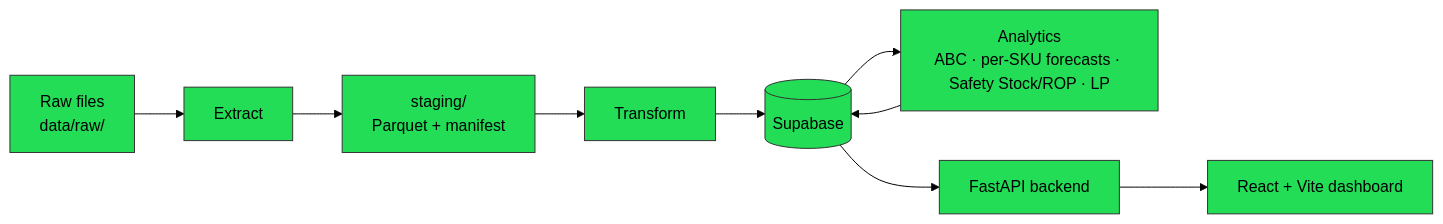
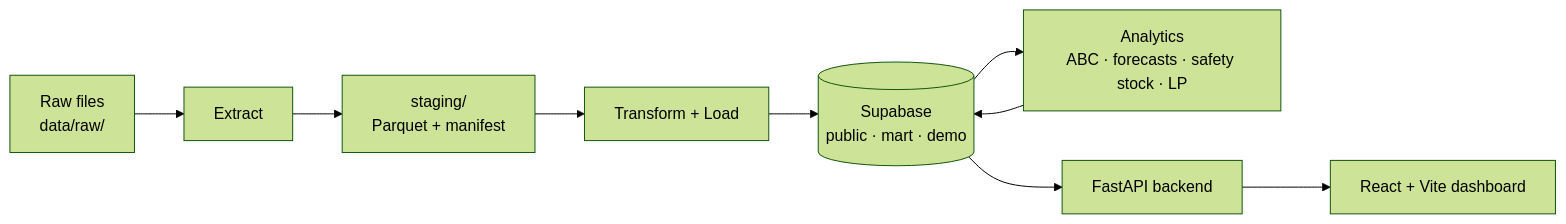
Before and after one commit to tamagaur/4ISA-CAPS2-GROUP-7: the diagram in README.md, drawn with Mermaid (forest theme). The commit also changed other lines of this file and 79 other files, not shown here.

````diff
--- a/README.md
+++ b/README.md
@@ -33,20 +35,11 @@
 ```mermaid
 flowchart LR
     A[Raw files<br/>data/raw/] --> B[Extract]
     B --> C[staging/<br/>Parquet + manifest]
-    C --> D[Transform]
-    D --> E[(Supabase)]
-    E --> F[Analytics<br/>ABC · per-SKU forecasts · Safety Stock/ROP · LP]
+    C --> D[Transform + Load]
+    D --> E[(Supabase<br/>public · mart · demo)]
+    E --> F[Analytics<br/>ABC · forecasts · safety stock · LP]
     F --> E
     E --> G[FastAPI backend]
     G --> H[React + Vite dashboard]
-
-    style A fill:#2d5,stroke:#333
-    style B fill:#2d5,stroke:#333
-    style C fill:#2d5,stroke:#333
-    style D fill:#2d5,stroke:#333
-    style E fill:#2d5,stroke:#333
-    style F fill:#2d5,stroke:#333
-    style G fill:#2d5,stroke:#333
-    style H fill:#2d5,stroke:#333
 ```
````
